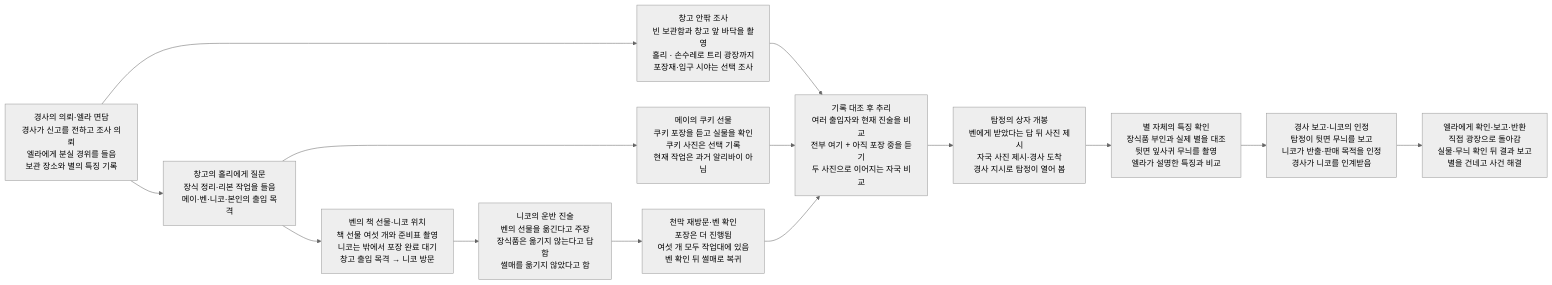
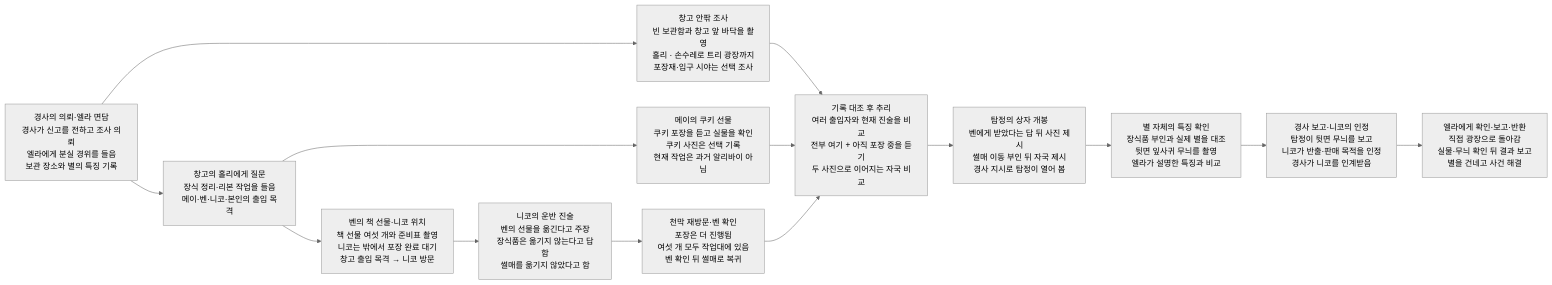
Before and after one commit to wonny95/detective-v2: the second of 2 diagrams in design/case-10-christmas-star.md, drawn with Mermaid (neutral theme). The commit also changed other lines of this file and 2 other files, not shown here.

````diff
--- a/design/case-10-christmas-star.md
+++ b/design/case-10-christmas-star.md
@@ -47,28 +47,28 @@
 ```mermaid
 flowchart LR
     s1["경사의 의뢰·엘라 면담<br/>경사가 신고를 전하고 조사 의뢰<br/>엘라에게 분실 경위를 들음<br/>보관 장소와 별의 특징 기록"]
     s2["창고의 홀리에게 질문<br/>장식 정리·리본 작업을 들음<br/>메이·벤·니코·본인의 출입 목격"]
     s3["창고 안팎 조사<br/>빈 보관함과 창고 앞 바닥을 촬영<br/>홀리 · 손수레로 트리 광장까지<br/>포장재·입구 시야는 선택 조사"]
     s4["메이의 쿠키 선물<br/>쿠키 포장을 듣고 실물을 확인<br/>쿠키 사진은 선택 기록<br/>현재 작업은 과거 알리바이 아님"]
     s5["벤의 책 선물·니코 위치<br/>책 선물 여섯 개와 준비표 촬영<br/>니코는 밖에서 포장 완료 대기<br/>창고 출입 목격 → 니코 방문"]
     s6["니코의 운반 진술<br/>벤의 선물을 옮긴다고 주장<br/>장식품은 옮기지 않는다고 답함<br/>썰매를 옮기지 않았다고 함"]
     s7["천막 재방문·벤 확인<br/>포장은 더 진행됨<br/>여섯 개 모두 작업대에 있음<br/>벤 확인 뒤 썰매로 복귀"]
     s8["기록 대조 후 추리<br/>여러 출입자와 현재 진술을 비교<br/>전부 여기 + 아직 포장 중을 듣기<br/>두 사진으로 이어지는 자국 비교"]
-    s9["탐정의 상자 개봉<br/>벤에게 받았다는 답 뒤 사진 제시<br/>자국 사진 제시·경사 도착<br/>경사 지시로 탐정이 열어 봄"]
+    s9["탐정의 상자 개봉<br/>벤에게 받았다는 답 뒤 사진 제시<br/>썰매 이동 부인 뒤 자국 제시<br/>경사 지시로 탐정이 열어 봄"]
     s10["별 자체의 특징 확인<br/>장식품 부인과 실제 별을 대조<br/>뒷면 잎사귀 무늬를 촬영<br/>엘라가 설명한 특징과 비교"]
     s11["경사 보고·니코의 인정<br/>탐정이 뒷면 무늬를 보고<br/>니코가 반출·판매 목적을 인정<br/>경사가 니코를 인계받음"]
     s12["엘라에게 확인·보고·반환<br/>직접 광장으로 돌아감<br/>실물·무늬 확인 뒤 결과 보고<br/>별을 건네고 사건 해결"]
     s1 --> s2
     s1 --> s3
     s2 --> s4
     s2 --> s5
     s3 --> s8
     s4 --> s8
     s5 --> s6
     s6 --> s7
     s7 --> s8
     s8 --> s9
     s9 --> s10
     s10 --> s11
     s11 --> s12
 ```
````
